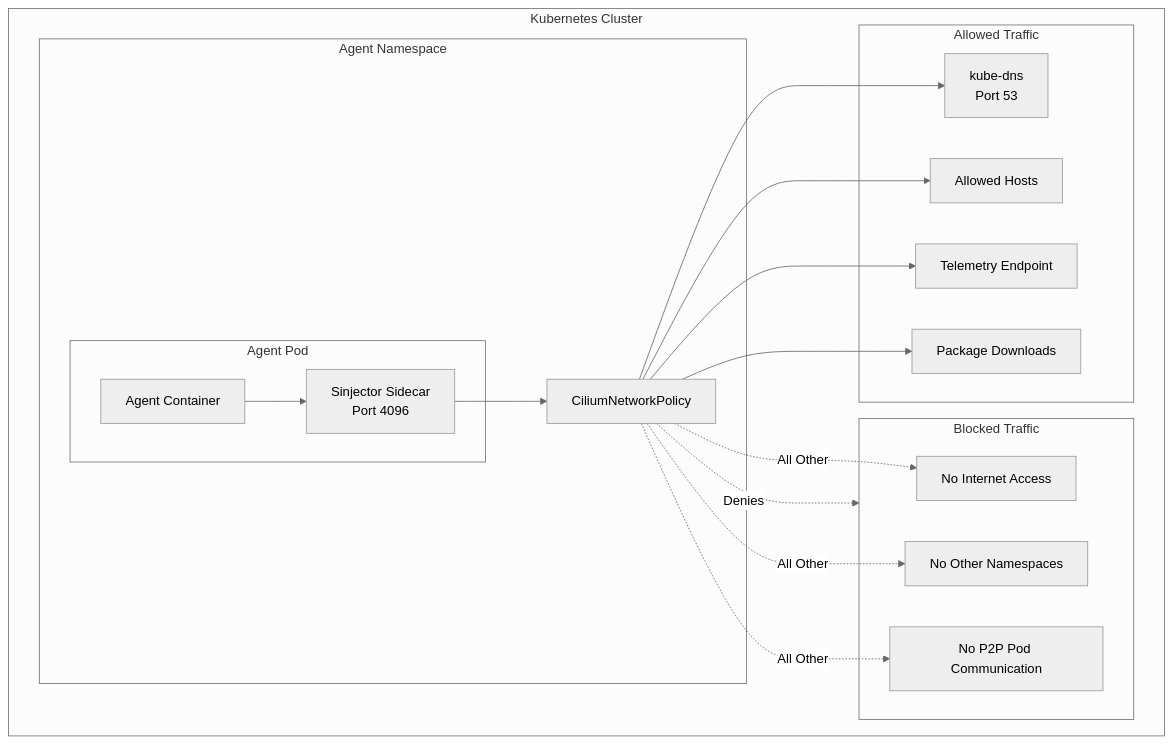
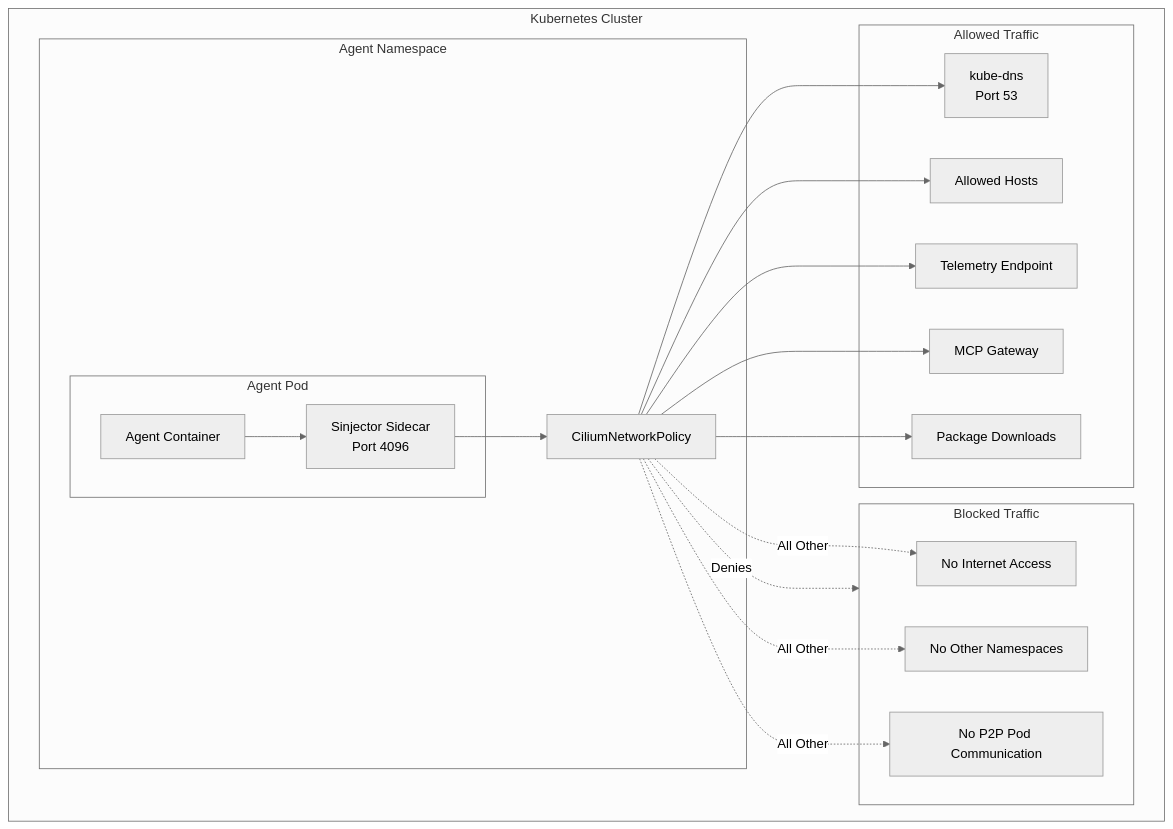
Before and after one commit to accuknox/agentZ: the diagram in docs/agent-sandbox.md, drawn with Mermaid (neutral theme). The commit also changed other lines of this file and 13 other files, not shown here.

````diff
--- a/docs/agent-sandbox.md
+++ b/docs/agent-sandbox.md
@@ -11,38 +11,40 @@
 ```mermaid
 graph TB
     subgraph Cluster["Kubernetes Cluster"]
         subgraph Namespace["Agent Namespace"]
             subgraph Pod["Agent Pod"]
                 AC[Agent Container]
                 SI[Sinjector Sidecar<br/>Port 4096]
             end
 
             CNP[CiliumNetworkPolicy]
         end
 
         subgraph Blocked["Blocked Traffic"]
             B1[No Internet Access]
             B2[No Other Namespaces]
             B3[No P2P Pod Communication]
         end
 
         subgraph Allowed["Allowed Traffic"]
             DNS[kube-dns<br/>Port 53]
             AH[Allowed Hosts]
             TE[Telemetry Endpoint]
+            GW[MCP Gateway]
             PKG[Package Downloads]
         end
     end
 
     AC --> SI
     SI --> CNP
     CNP --> DNS
     CNP --> AH
     CNP --> TE
+    CNP --> GW
     CNP --> PKG
 
     CNP -.->|Denies| Blocked
     CNP -.->|All Other| B1
     CNP -.->|All Other| B2
     CNP -.->|All Other| B3
 ```
````
